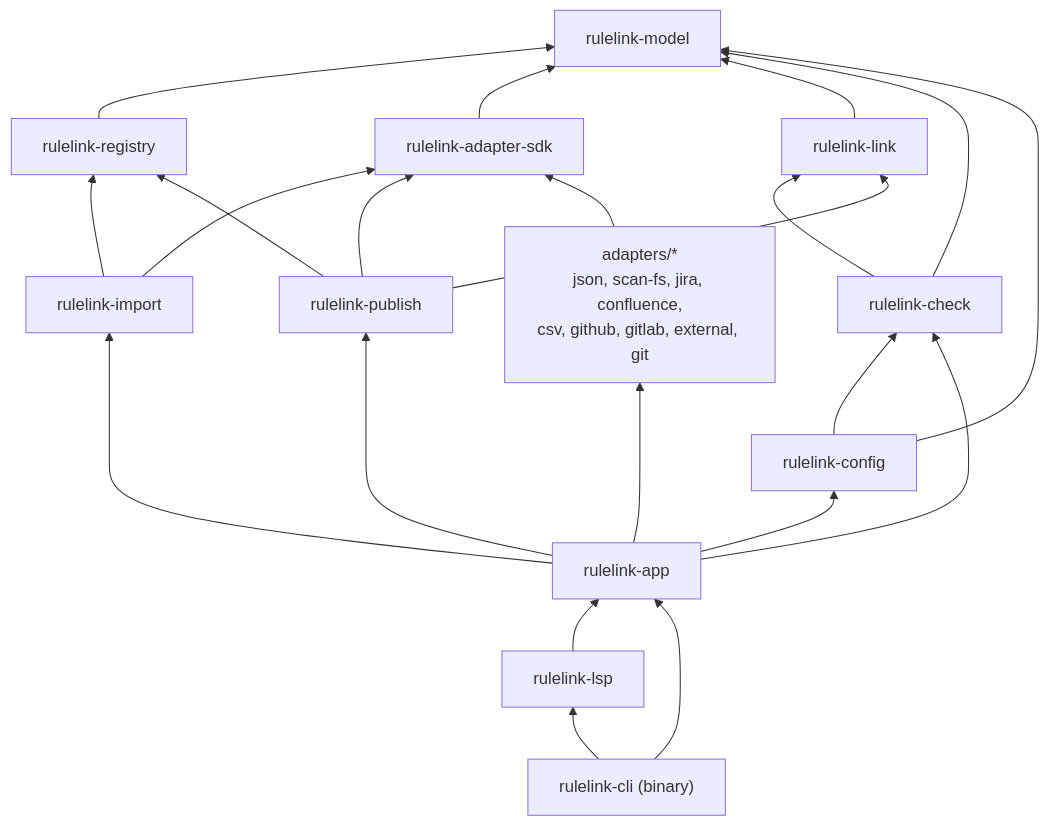
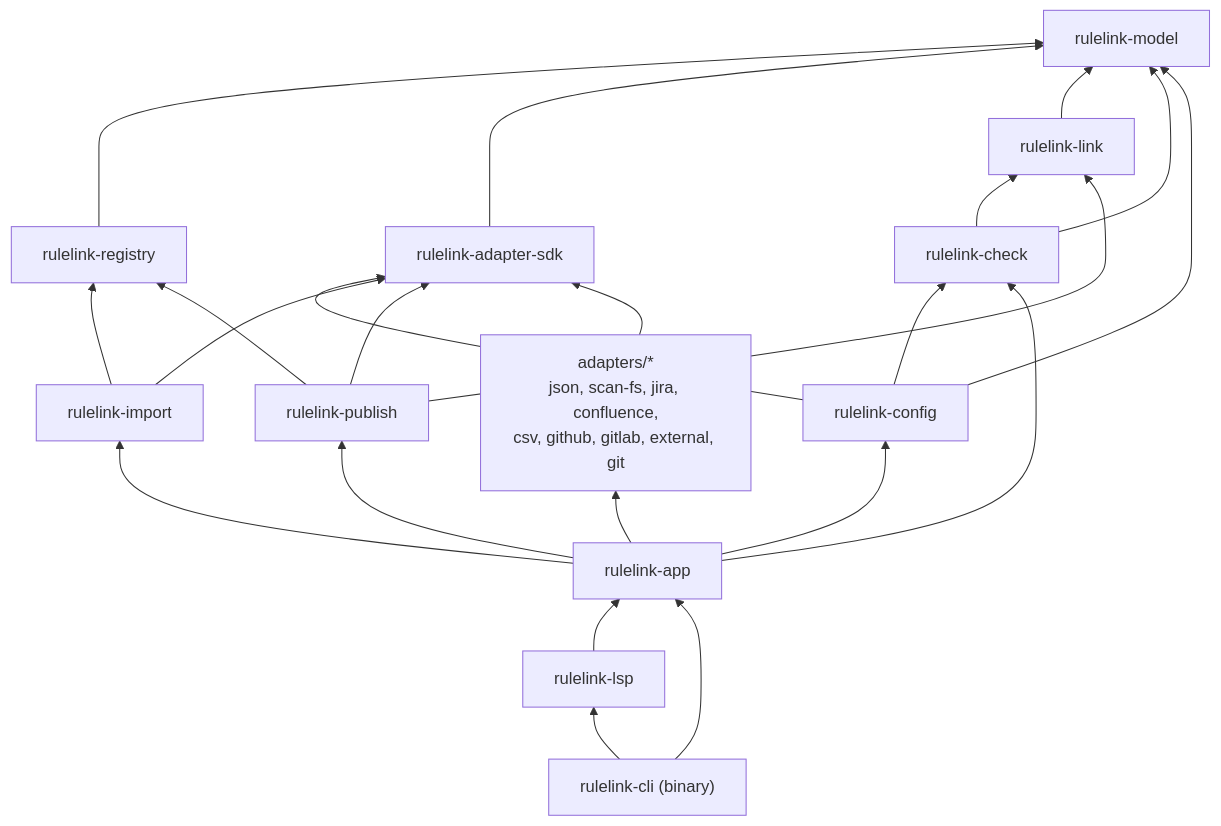
One commit to E-Jacques/Rulelink changed the third of 7 diagrams in docs/architecture/00-global-architecture.md. Above: the diagram before and after it, drawn with Mermaid. The commit also changed 51 other files, not shown here.

````diff
--- a/docs/architecture/00-global-architecture.md
+++ b/docs/architecture/00-global-architecture.md
@@ -168,33 +168,34 @@
 ```mermaid
 flowchart BT
     model["rulelink-model"]
     registry["rulelink-registry"]
     sdk["rulelink-adapter-sdk"]
     link["rulelink-link"]
     check["rulelink-check"]
     import["rulelink-import"]
     publish["rulelink-publish"]
     config["rulelink-config"]
     app["rulelink-app"]
     adapters["adapters/*<br/>json, scan-fs, jira, confluence,<br/>csv, github, gitlab, external, git"]
     cli["rulelink-cli (binary)"]
     lsp["rulelink-lsp"]
 
     registry --> model
     sdk --> model
     link --> model
     check --> model
     check --> link
     config --> model
     config --> check
+    config --> sdk
     import --> registry
     import --> sdk
     publish --> registry
     publish --> link
     publish --> sdk
     adapters --> sdk
     app --> check & import & publish & config
     app --> adapters
     lsp --> app
     cli --> app & lsp
 ```
````
